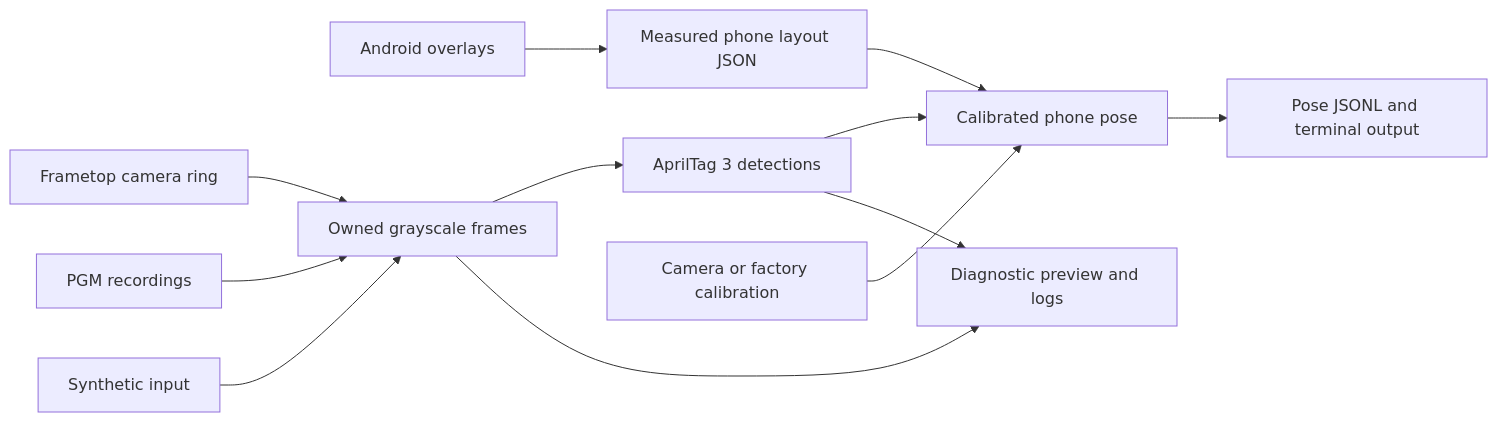
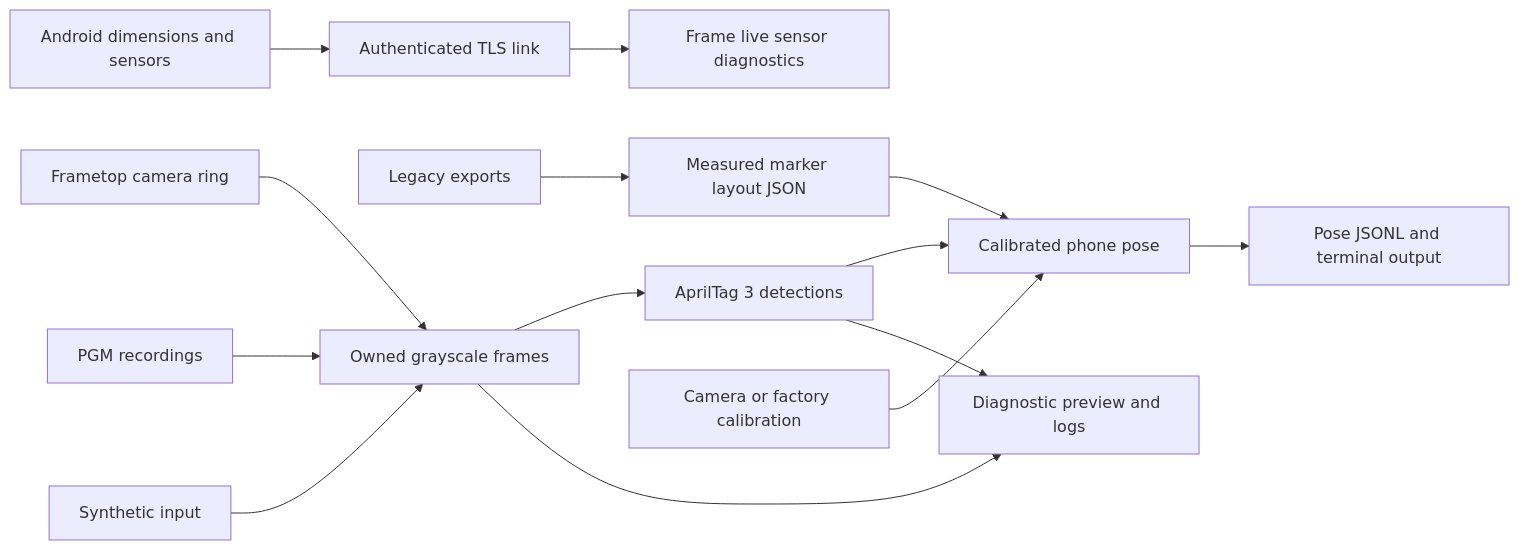
Before and after one commit to MarkEScheidker/FramePhone: the diagram in frame/docs/ARCHITECTURE.md, drawn with Mermaid. The commit also changed other lines of this file and 37 other files, not shown here.

Commit message:
Replace phone fiducials with secure pairing and live telemetry

````diff
--- a/frame/docs/ARCHITECTURE.md
+++ b/frame/docs/ARCHITECTURE.md
@@ -11,14 +11,16 @@
 ```mermaid
 flowchart LR
-    Phone[Android overlays] --> Layout[Measured phone layout JSON]
+    Phone[Android dimensions and sensors] --> TLS[Authenticated TLS link]
+    TLS --> Telemetry[Frame live sensor diagnostics]
+    Legacy[Legacy exports] --> Layout[Measured marker layout JSON]
     Camera[Frametop camera ring] --> Frames[Owned grayscale frames]
     Replay[PGM recordings] --> Frames
     Synthetic[Synthetic input] --> Frames
     Frames --> Tags[AprilTag 3 detections]
     Layout --> Pose[Calibrated phone pose]
     Tags --> Pose
     Calibration[Camera or factory calibration] --> Pose
     Frames --> View[Diagnostic preview and logs]
     Tags --> View
     Pose --> Output[Pose JSONL and terminal output]
 ```
````
